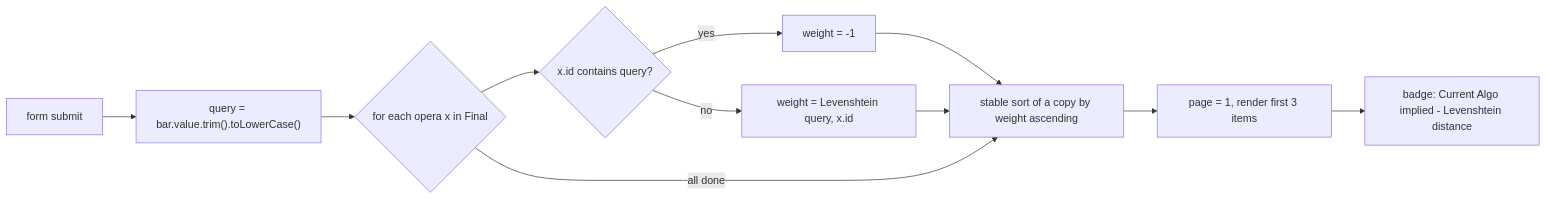
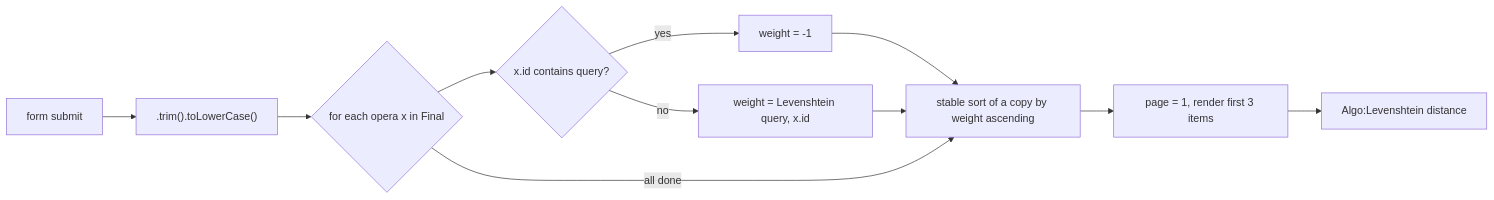
Before and after one commit to Azusalina/sba-proj: the eighth of 21 diagrams in descriptions/a.md, drawn with Mermaid. The commit also changed other lines of this file, not shown here.

````diff
--- a/descriptions/a.md
+++ b/descriptions/a.md
@@ -258,13 +256,13 @@
 ```mermaid
 flowchart LR
-    A[form submit] --> B["query = bar.value.trim().toLowerCase()"]
+    A[form submit] --> B[".trim().toLowerCase()"]
     B --> C{for each opera x in Final}
     C --> D{x.id contains query?}
     D -- yes --> E["weight = -1"]
     D -- no --> F["weight = Levenshtein query, x.id"]
     E --> G
     F --> G[stable sort of a copy by weight ascending]
     C -- all done --> G
     G --> H[page = 1, render first 3 items]
-    H --> I["badge: Current Algo implied - Levenshtein distance"]
+    H --> I["Algo:Levenshtein distance"]
 ```
````
